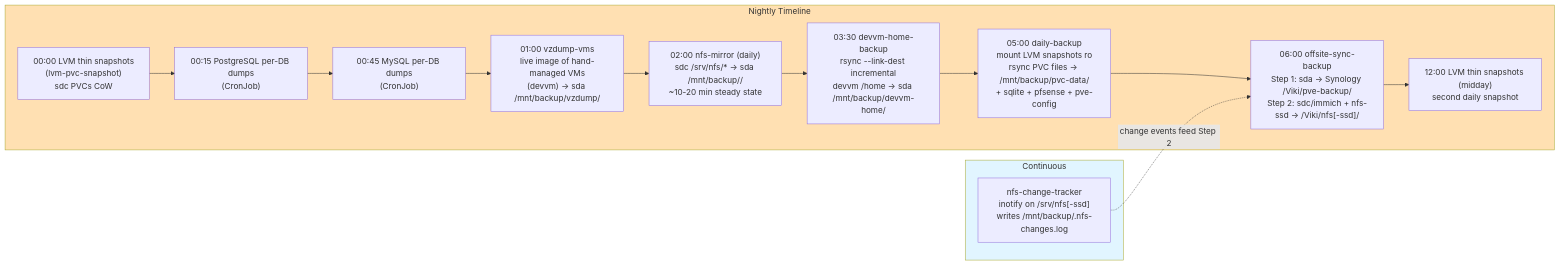
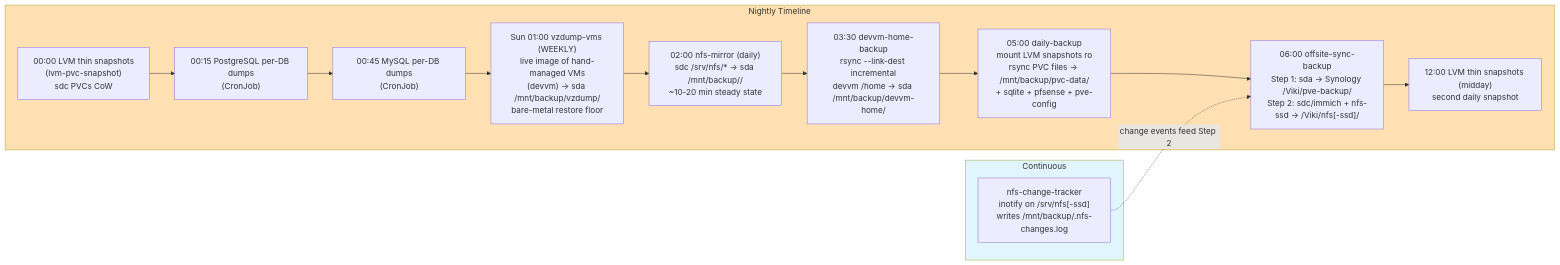
Before and after one commit to ViktorBarzin/infra: the third of 6 diagrams in docs/architecture/backup-dr.md, drawn with Mermaid. The commit also changed other lines of this file and 3 other files, not shown here.

````diff
--- a/docs/architecture/backup-dr.md
+++ b/docs/architecture/backup-dr.md
@@ -211,24 +211,24 @@
 ```mermaid
 graph LR
     subgraph Continuous["Continuous"]
         INO["nfs-change-tracker<br/>inotify on /srv/nfs[-ssd]<br/>writes /mnt/backup/.nfs-changes.log"]
     end
 
     subgraph Nightly["Nightly Timeline"]
         T0000["00:00 LVM thin snapshots<br/>(lvm-pvc-snapshot)<br/>sdc PVCs CoW"]
         T0015["00:15 PostgreSQL per-DB dumps<br/>(CronJob)"]
         T0045["00:45 MySQL per-DB dumps<br/>(CronJob)"]
-        T0100["01:00 vzdump-vms<br/>live image of hand-managed VMs<br/>(devvm) → sda /mnt/backup/vzdump/"]
+        T0100["Sun 01:00 vzdump-vms (WEEKLY)<br/>live image of hand-managed VMs<br/>(devvm) → sda /mnt/backup/vzdump/<br/>bare-metal restore floor"]
         T0200["02:00 nfs-mirror (daily)<br/>sdc /srv/nfs/* → sda /mnt/backup/<svc>/<br/>~10-20 min steady state"]
         T0330["03:30 devvm-home-backup<br/>rsync --link-dest incremental<br/>devvm /home → sda /mnt/backup/devvm-home/"]
         T0500["05:00 daily-backup<br/>mount LVM snapshots ro<br/>rsync PVC files → /mnt/backup/pvc-data/<br/>+ sqlite + pfsense + pve-config"]
         T0600["06:00 offsite-sync-backup<br/>Step 1: sda → Synology /Viki/pve-backup/<br/>Step 2: sdc/immich + nfs-ssd → /Viki/nfs[-ssd]/"]
         T1200["12:00 LVM thin snapshots (midday)<br/>second daily snapshot"]
     end
 
     T0000 --> T0015 --> T0045 --> T0100 --> T0200 --> T0330 --> T0500 --> T0600 --> T1200
     INO -.->|change events feed Step 2| T0600
 
     style Nightly fill:#ffe0b2
     style Continuous fill:#e1f5ff
 ```
````
